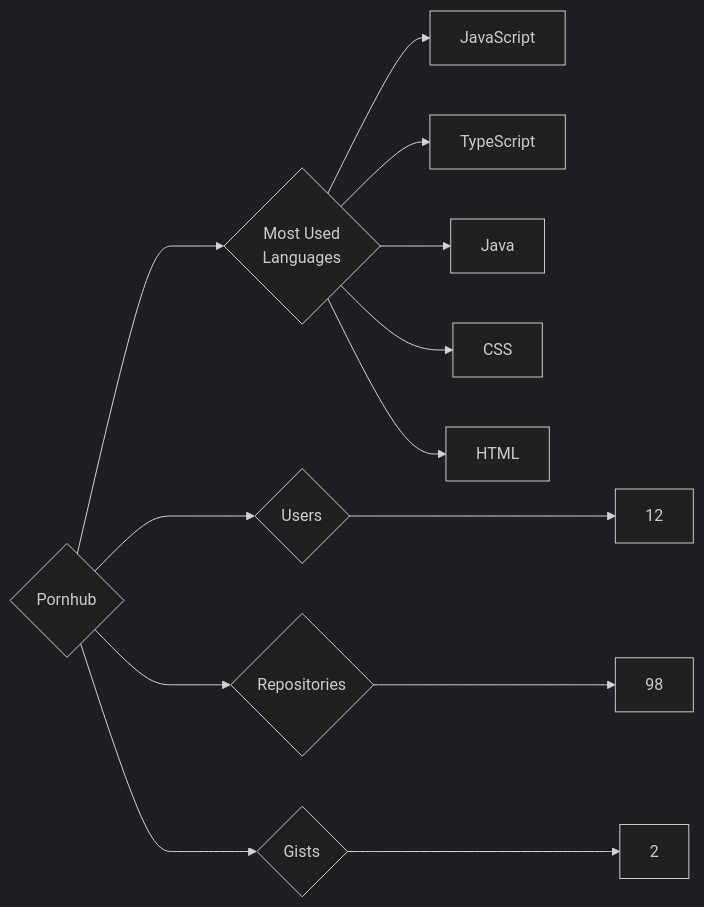
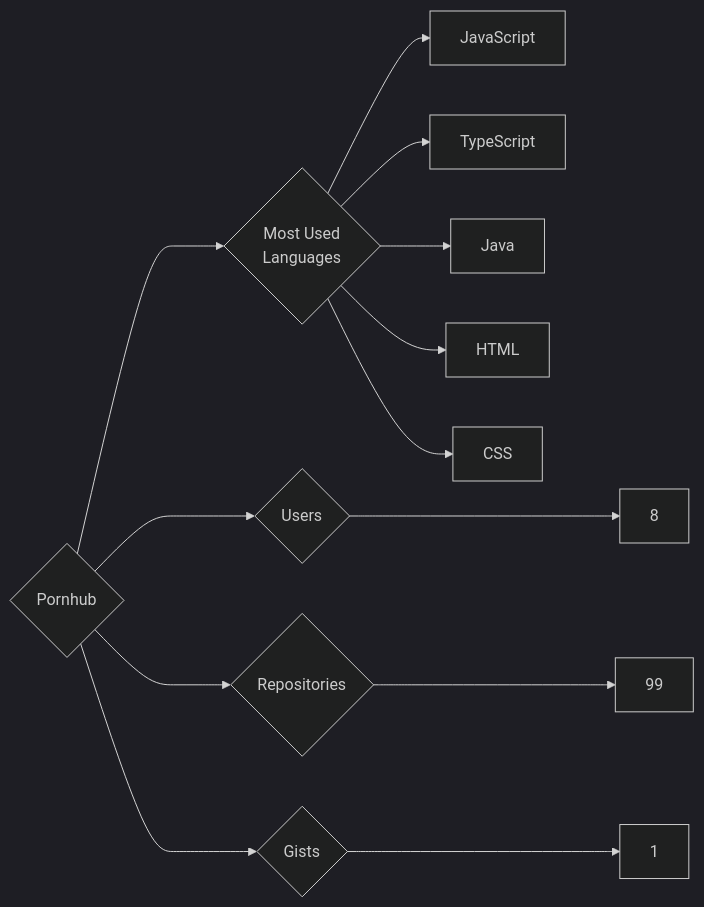
Before and after one commit to trickest/insiders: the diagram in targets/Pornhub/README.md, drawn with Mermaid (dark theme). The commit also changed 839 other files, not shown here.

````diff
--- a/targets/Pornhub/README.md
+++ b/targets/Pornhub/README.md
@@ -3,13 +3,13 @@
 ```mermaid
 graph LR
 COMPANY_NAME{Pornhub}
-COMPANY_NAME ---> U{Users} ---> UN[12]
-COMPANY_NAME ---> R{Repositories} ---> RN[98]
-COMPANY_NAME ---> G{Gists} ---> GN[2]
+COMPANY_NAME ---> U{Users} ---> UN[8]
+COMPANY_NAME ---> R{Repositories} ---> RN[99]
+COMPANY_NAME ---> G{Gists} ---> GN[1]
 COMPANY_NAME ---> ML{Most Used<br>Languages}
 ML --> JavaScript[JavaScript]
 ML --> TypeScript[TypeScript]
 ML --> Java[Java]
+ML --> HTML[HTML]
 ML --> CSS[CSS]
-ML --> HTML[HTML]
 ```
````
